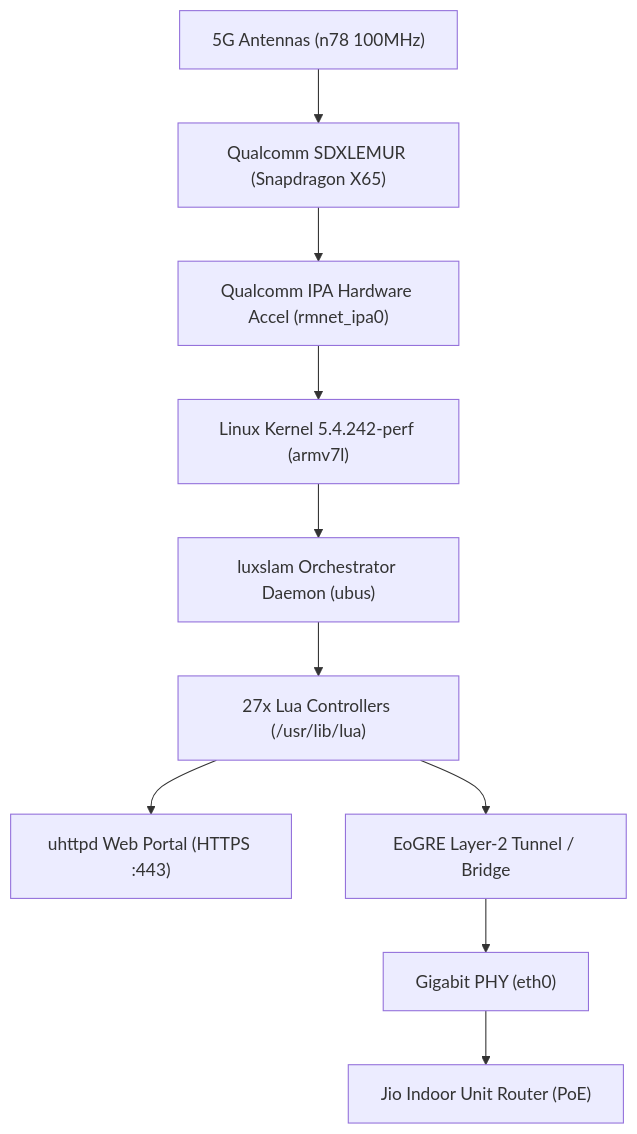
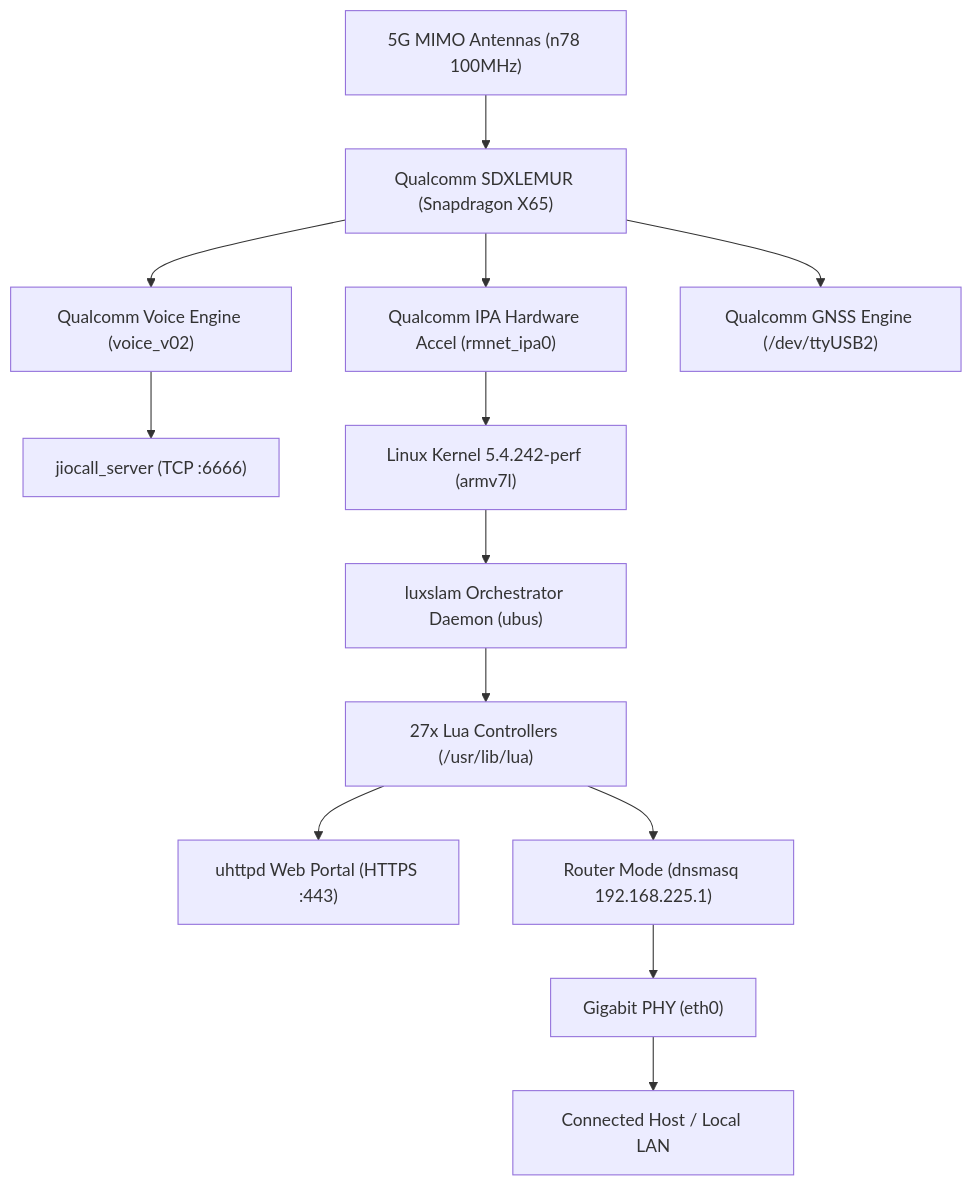
The diagram in README.md (dc-voltage/5G-ODU-JODU52140-Reverse-Engineering-Architecture), drawn with Mermaid before and after one commit. The commit also changed other lines of this file and 3 other files, not shown here.

````diff
--- a/README.md
+++ b/README.md
@@ -47,12 +62,15 @@
 ```mermaid
 graph TD
-    Antenna["5G Antennas (n78 100MHz)"] --> Baseband["Qualcomm SDXLEMUR (Snapdragon X65)"]
+    Antenna["5G MIMO Antennas (n78 100MHz)"] --> Baseband["Qualcomm SDXLEMUR (Snapdragon X65)"]
     Baseband --> IPA["Qualcomm IPA Hardware Accel (rmnet_ipa0)"]
+    Baseband --> Voice["Qualcomm Voice Engine (voice_v02)"]
+    Baseband --> GNSS["Qualcomm GNSS Engine (/dev/ttyUSB2)"]
+    Voice --> JioCall["jiocall_server (TCP :6666)"]
     IPA --> Linux["Linux Kernel 5.4.242-perf (armv7l)"]
     Linux --> Luxslam["luxslam Orchestrator Daemon (ubus)"]
     Luxslam --> Lua["27x Lua Controllers (/usr/lib/lua)"]
     Lua --> Web["uhttpd Web Portal (HTTPS :443)"]
-    Lua --> EoGRE["EoGRE Layer-2 Tunnel / Bridge"]
-    EoGRE --> ETH["Gigabit PHY (eth0)"]
-    ETH --> IDU["Jio Indoor Unit Router (PoE)"]
+    Lua --> StandaloneRouter["Router Mode (dnsmasq 192.168.225.1)"]
+    StandaloneRouter --> ETH["Gigabit PHY (eth0)"]
+    ETH --> PC["Connected Host / Local LAN"]
 ```
````
